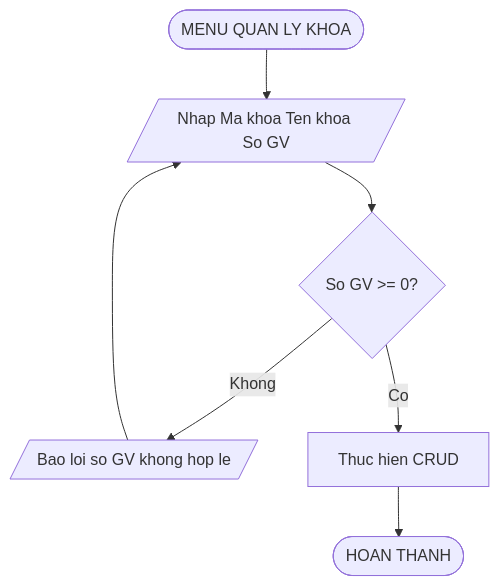
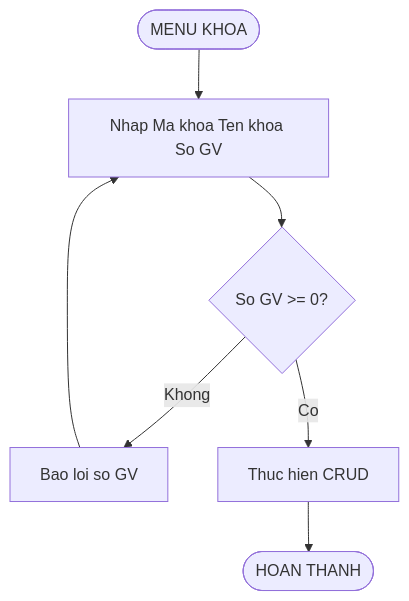
One commit to phucphuc2006/pro-192 changed diagram 16 of 20 in docs/Flowcharts/Flowcharts.md. Above: the diagram before and after it, drawn with Mermaid. The commit also changed other lines of this file, not shown here.

Commit message:
Fix Mermaid: remove parallelogram syntax for GitHub

````diff
--- a/docs/Flowcharts/Flowcharts.md
+++ b/docs/Flowcharts/Flowcharts.md
@@ -277,9 +275,9 @@
 ```mermaid
 flowchart TD
-    A([MENU QUAN LY KHOA]) --> B[/Nhap Ma khoa Ten khoa So GV/]
+    A([MENU KHOA]) --> B[Nhap Ma khoa Ten khoa So GV]
     B --> C{So GV >= 0?}
-    C -->|Khong| D[/Bao loi so GV khong hop le/]
+    C -->|Khong| D[Bao loi so GV]
     D --> B
     C -->|Co| E[Thuc hien CRUD]
     E --> F([HOAN THANH])
 ```
````
